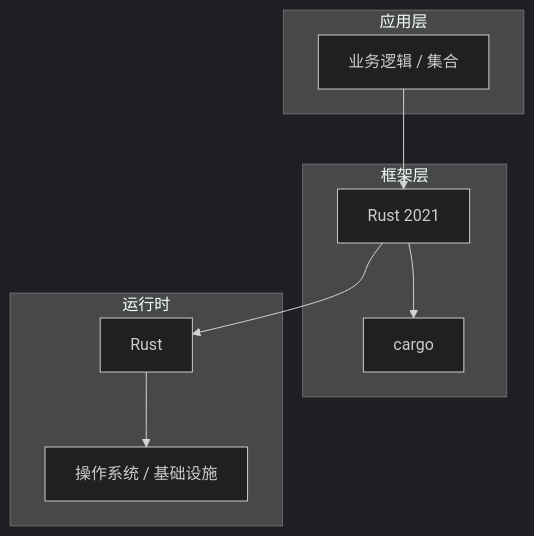
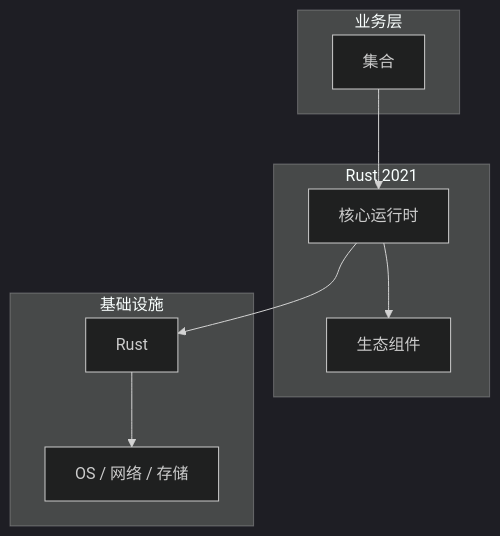
Before and after one commit to yanggan2015/knowledge-json-v2: the diagram in articles/Rust语言/chapters/059-集合核心概念与原理.md, drawn with Mermaid (dark theme). The commit also changed other lines of this file and 10127 other files, not shown here.

````diff
--- a/articles/Rust语言/chapters/059-集合核心概念与原理.md
+++ b/articles/Rust语言/chapters/059-集合核心概念与原理.md
@@ -45,18 +34,18 @@
 ```mermaid
 graph TB
-    subgraph 应用层
-        A[业务逻辑 / 集合]
+    subgraph 业务层
+        A[集合]
     end
-    subgraph 框架层
-        B[Rust 2021]
-        C[cargo]
+    subgraph Rust 2021
+        B[核心运行时]
+        C[生态组件]
     end
-    subgraph 运行时
+    subgraph 基础设施
         D[Rust]
-        E[操作系统 / 基础设施]
+        E[OS / 网络 / 存储]
     end
     A --> B
     B --> C
     B --> D
     D --> E
 ```
````
